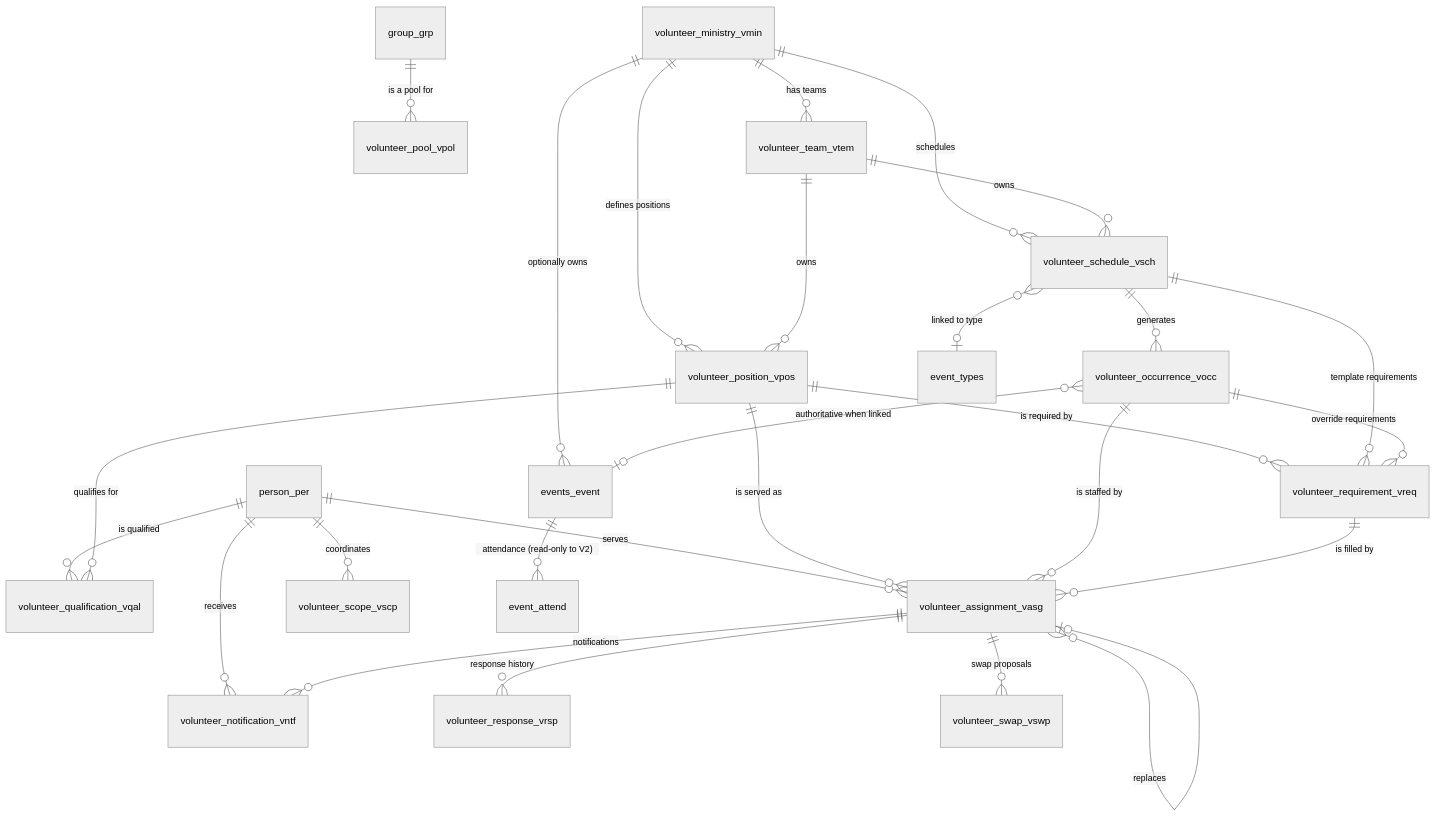
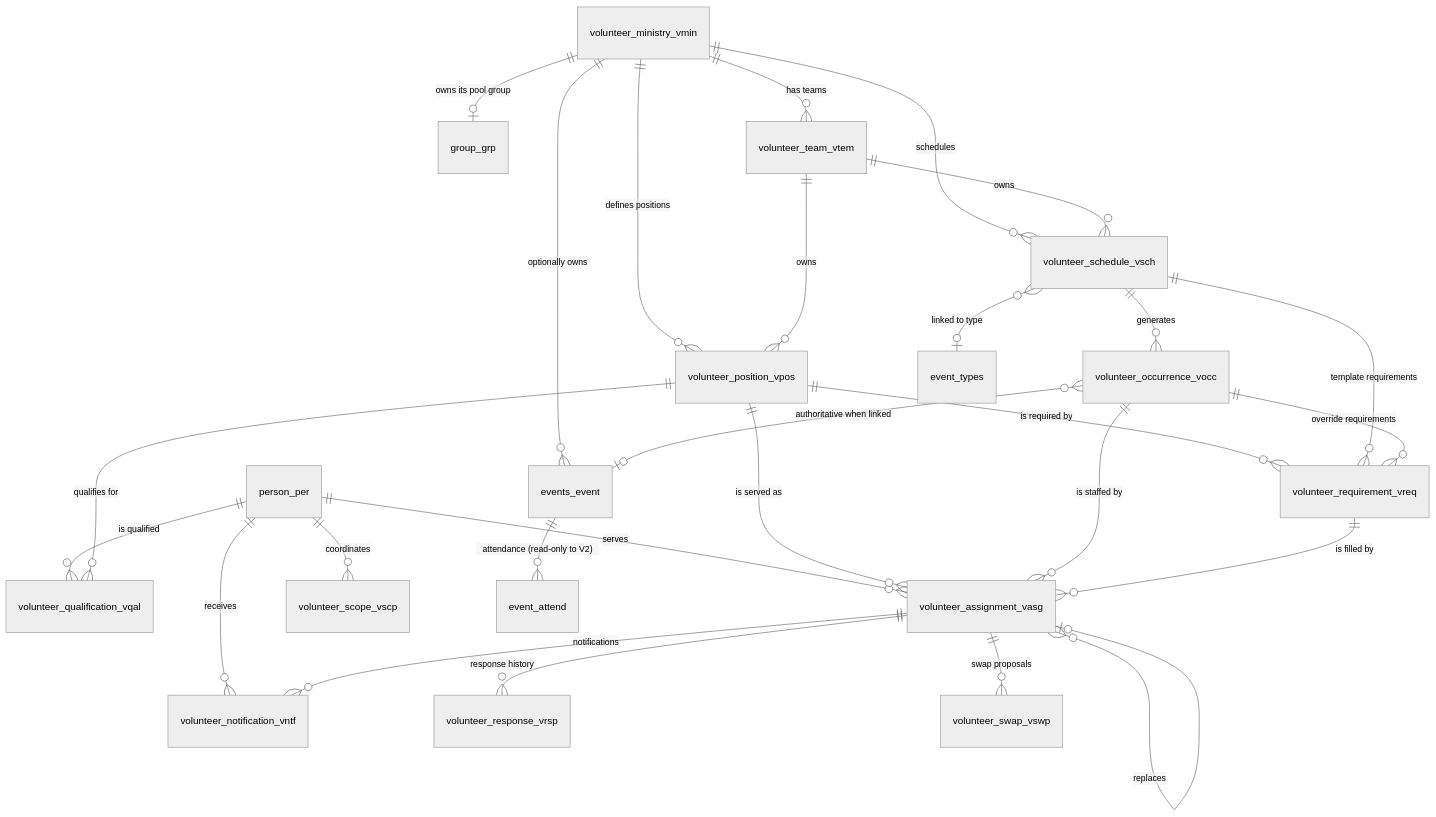
Before and after one commit to ChurchCRM/CRM: the diagram in .agents/skills/churchcrm/volunteer-v2-design.md, drawn with Mermaid (neutral theme). The commit also changed other lines of this file, not shown here.

First line of the commit message:
Record D19 in the Volunteer v2 design, and close D-1

````diff
--- a/.agents/skills/churchcrm/volunteer-v2-design.md
+++ b/.agents/skills/churchcrm/volunteer-v2-design.md
@@ -418,37 +420,37 @@
 ```mermaid
 erDiagram
     person_per      ||--o{ volunteer_qualification_vqal : "is qualified"
     person_per      ||--o{ volunteer_assignment_vasg    : "serves"
     person_per      ||--o{ volunteer_scope_vscp         : "coordinates"
     person_per      ||--o{ volunteer_notification_vntf  : "receives"
-    group_grp       ||--o{ volunteer_pool_vpol          : "is a pool for"
+    volunteer_ministry_vmin ||--o| group_grp             : "owns its pool group"
 
     volunteer_ministry_vmin ||--o{ volunteer_team_vtem      : "has teams"
     volunteer_ministry_vmin ||--o{ volunteer_position_vpos  : "defines positions"
     volunteer_ministry_vmin ||--o{ volunteer_schedule_vsch  : "schedules"
     volunteer_ministry_vmin ||--o{ events_event             : "optionally owns"
 
     volunteer_team_vtem     ||--o{ volunteer_position_vpos  : "owns"
     volunteer_team_vtem     ||--o{ volunteer_schedule_vsch  : "owns"
 
     volunteer_position_vpos ||--o{ volunteer_qualification_vqal : "qualifies for"
     volunteer_position_vpos ||--o{ volunteer_requirement_vreq   : "is required by"
     volunteer_position_vpos ||--o{ volunteer_assignment_vasg    : "is served as"
 
     volunteer_schedule_vsch ||--o{ volunteer_occurrence_vocc  : "generates"
     volunteer_schedule_vsch ||--o{ volunteer_requirement_vreq : "template requirements"
     volunteer_schedule_vsch }o--o| event_types                : "linked to type"
 
     volunteer_occurrence_vocc  }o--o| events_event                : "authoritative when linked"
     volunteer_occurrence_vocc  ||--o{ volunteer_requirement_vreq  : "override requirements"
     volunteer_occurrence_vocc  ||--o{ volunteer_assignment_vasg   : "is staffed by"
 
     volunteer_requirement_vreq ||--o{ volunteer_assignment_vasg : "is filled by"
 
     volunteer_assignment_vasg ||--o{ volunteer_response_vrsp     : "response history"
     volunteer_assignment_vasg ||--o{ volunteer_swap_vswp         : "swap proposals"
     volunteer_assignment_vasg ||--o{ volunteer_notification_vntf : "notifications"
     volunteer_assignment_vasg }o--o| volunteer_assignment_vasg   : "replaces"
 
     events_event ||--o{ event_attend : "attendance (read-only to V2)"
 ```
````
